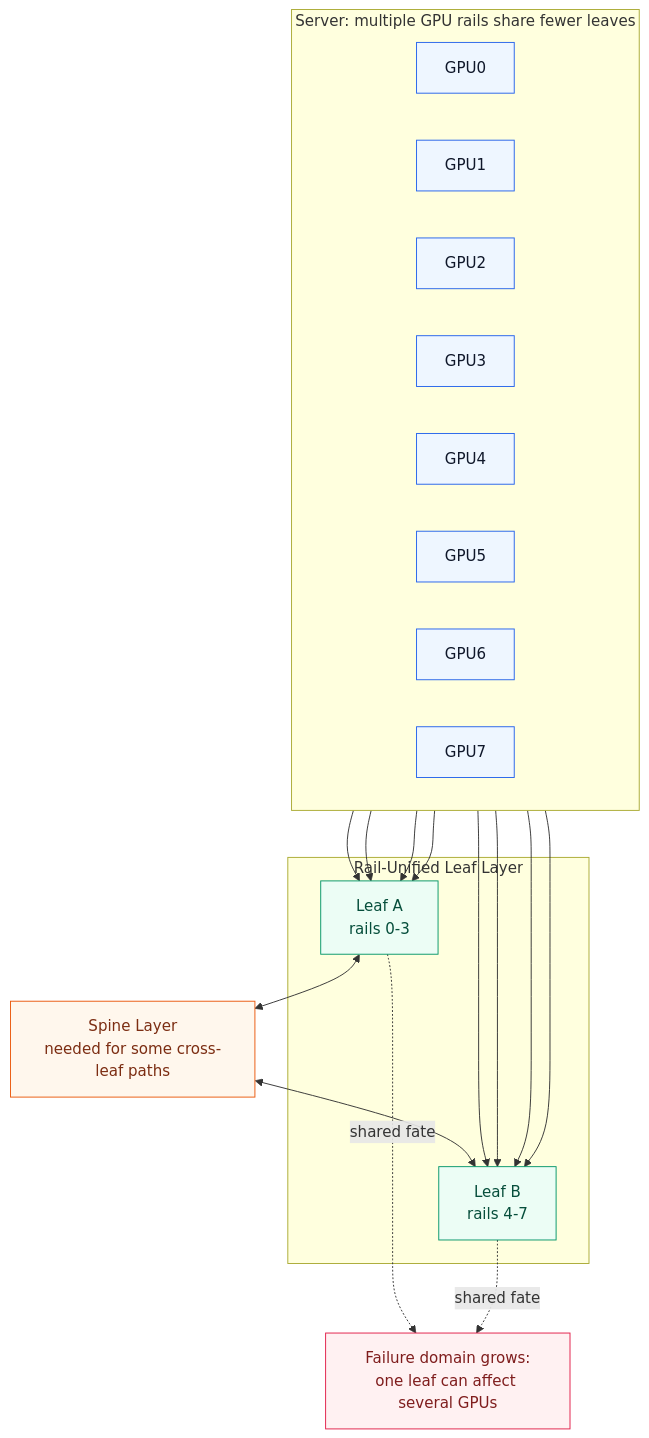
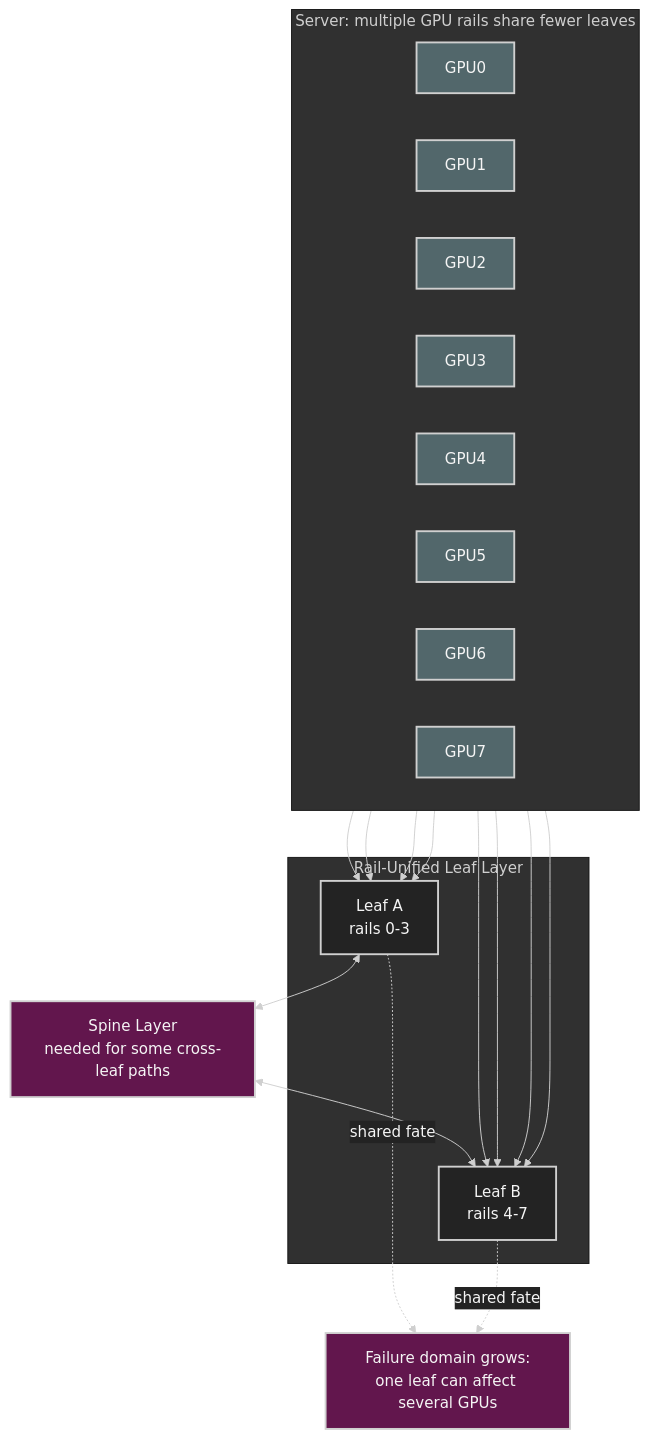
One commit to ziwon/ai-data-center-network changed the eighth of 17 diagrams in ai-data-center-network/chap03/README.md. Above: the diagram before and after it, drawn with Mermaid. The commit also changed other lines of this file and 35 other files, not shown here.

Commit message:
docs(mermaid): apply dark diagram style

````diff
--- a/ai-data-center-network/chap03/README.md
+++ b/ai-data-center-network/chap03/README.md
@@ -585,41 +592,42 @@
 ```mermaid
+%%{init: {"theme": "base", "themeVariables": {"background": "#171717", "primaryColor": "#232323", "primaryTextColor": "#f5f5f5", "primaryBorderColor": "#d0d0d0", "lineColor": "#cfcfcf", "fontFamily": "Inter, Arial, sans-serif"}}}%%
 flowchart TB
-    classDef gpu fill:#eef6ff,stroke:#2563eb,color:#0f172a
-    classDef leaf fill:#ecfdf5,stroke:#059669,color:#064e3b
-    classDef spine fill:#fff7ed,stroke:#ea580c,color:#7c2d12
-    classDef risk fill:#fff1f2,stroke:#e11d48,color:#7f1d1d
+    classDef gpu fill:#52676b,stroke:#d0d0d0,color:#f5f5f5,stroke-width:2px;
+    classDef leaf fill:#232323,stroke:#d0d0d0,color:#f5f5f5,stroke-width:2px;
+    classDef spine fill:#62164d,stroke:#d0d0d0,color:#f5f5f5,stroke-width:2px;
+    classDef risk fill:#62164d,stroke:#d0d0d0,color:#f5f5f5,stroke-width:2px;
 
     subgraph Server["Server: multiple GPU rails share fewer leaves"]
         direction LR
         G0[GPU0]:::gpu
         G1[GPU1]:::gpu
         G2[GPU2]:::gpu
         G3[GPU3]:::gpu
         G4[GPU4]:::gpu
         G5[GPU5]:::gpu
         G6[GPU6]:::gpu
         G7[GPU7]:::gpu
     end
 
     subgraph Leaves["Rail-Unified Leaf Layer"]
         L0[Leaf A<br/>rails 0-3]:::leaf
         L1[Leaf B<br/>rails 4-7]:::leaf
     end
 
     SP[Spine Layer<br/>needed for some cross-leaf paths]:::spine
     FD[Failure domain grows:<br/>one leaf can affect several GPUs]:::risk
 
     G0 --> L0
     G1 --> L0
     G2 --> L0
     G3 --> L0
     G4 --> L1
     G5 --> L1
     G6 --> L1
     G7 --> L1
 
     L0 <--> SP
     SP <--> L1
     L0 -.->|shared fate| FD
     L1 -.->|shared fate| FD
 ```
````
